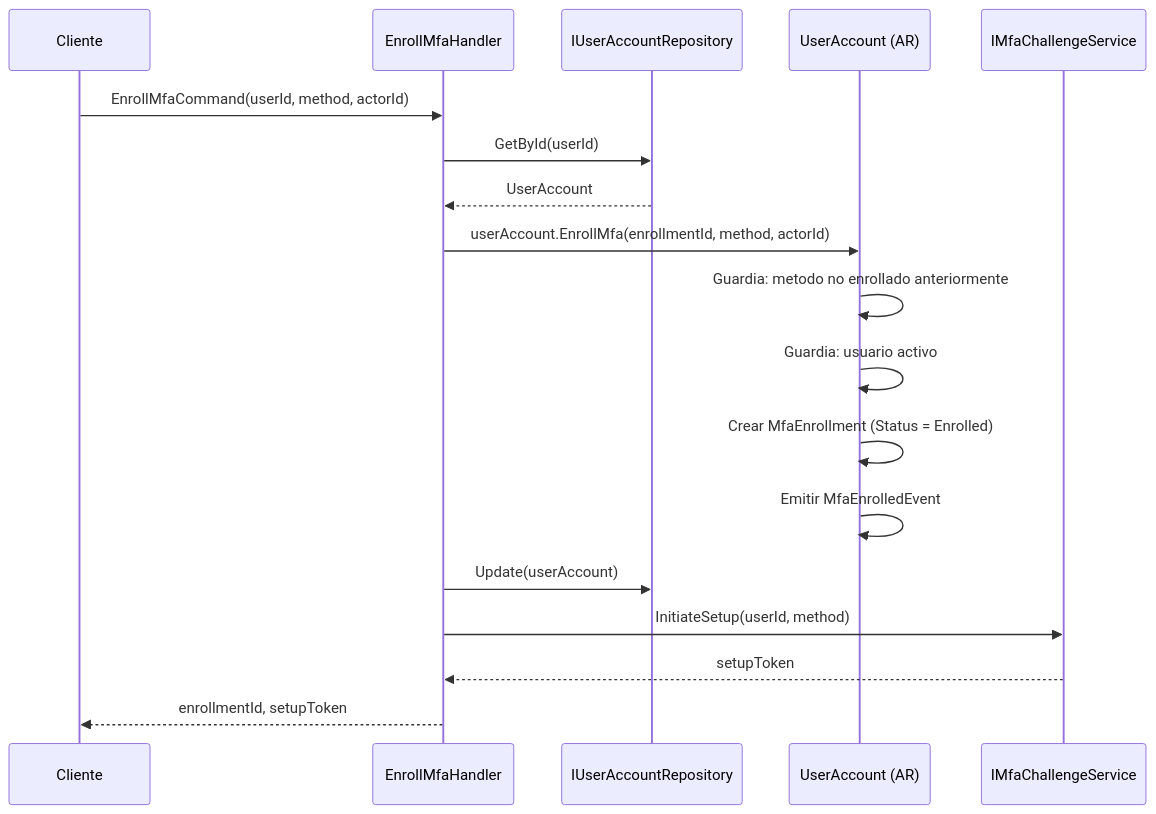
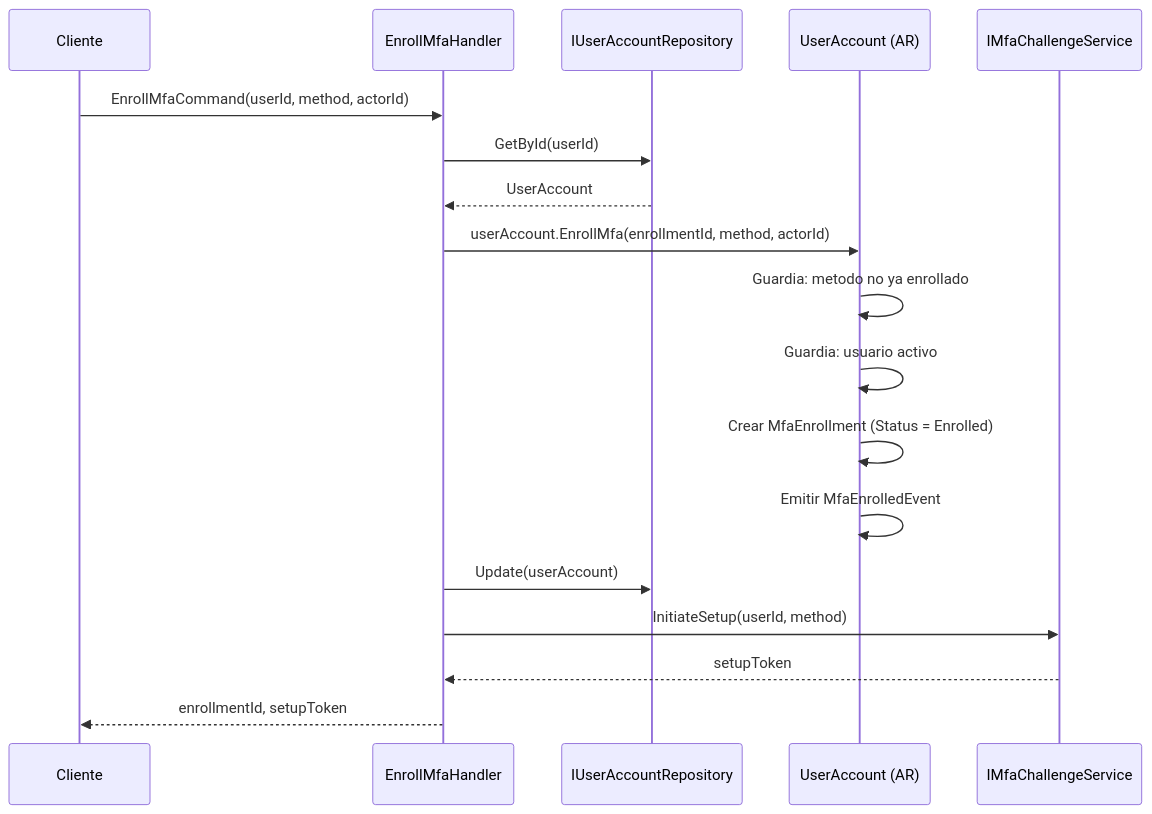
One commit to beyondnetcode/ums changed the fifth of 9 diagrams in docs/domain-es/identity/user-account.md. Above: the diagram before and after it, drawn with Mermaid. The commit also changed other lines of this file and 19 other files, not shown here.

````diff
--- a/docs/domain-es/identity/user-account.md
+++ b/docs/domain-es/identity/user-account.md
@@ -169,21 +206,21 @@
 ```mermaid
 sequenceDiagram
     participant C as Cliente
     participant H as EnrollMfaHandler
     participant R as IUserAccountRepository
     participant U as UserAccount (AR)
     participant MFA as IMfaChallengeService
 
     C->>H: EnrollMfaCommand(userId, method, actorId)
     H->>R: GetById(userId)
     R-->>H: UserAccount
     H->>U: userAccount.EnrollMfa(enrollmentId, method, actorId)
-    U->>U: Guardia: metodo no enrollado anteriormente
+    U->>U: Guardia: metodo no ya enrollado
     U->>U: Guardia: usuario activo
     U->>U: Crear MfaEnrollment (Status = Enrolled)
     U->>U: Emitir MfaEnrolledEvent
     H->>R: Update(userAccount)
     H->>MFA: InitiateSetup(userId, method)
     MFA-->>H: setupToken
     H-->>C: enrollmentId, setupToken
 ```
````
